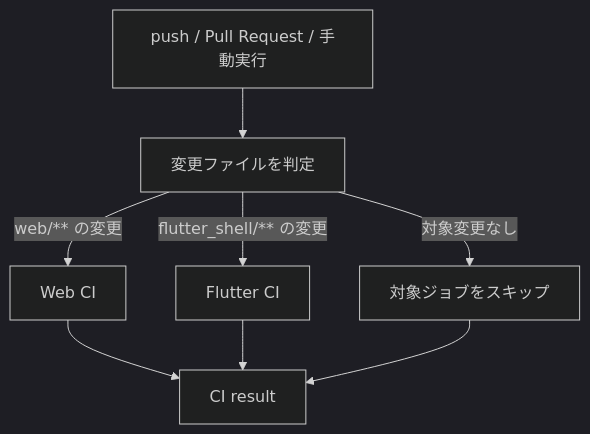
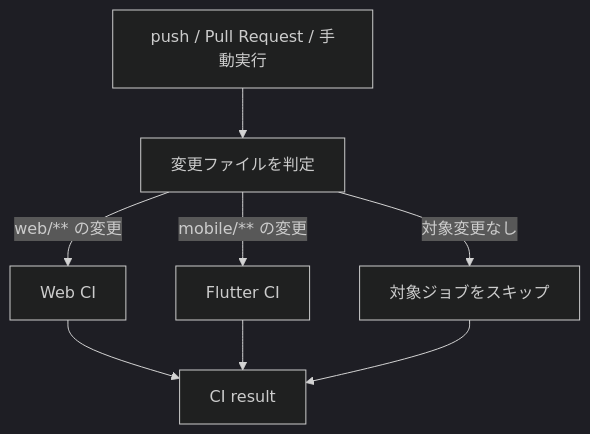
One commit to jin-take/meal-room changed the diagram in docs/ci-workflow.md. Above: the diagram before and after it, drawn with Mermaid (dark theme). The commit also changed other lines of this file and 17 other files, not shown here.

````diff
--- a/docs/ci-workflow.md
+++ b/docs/ci-workflow.md
@@ -29,10 +29,10 @@
 ```mermaid
 flowchart TD
     A[push / Pull Request / 手動実行] --> B[変更ファイルを判定]
     B -->|web/** の変更| C[Web CI]
-    B -->|flutter_shell/** の変更| D[Flutter CI]
+    B -->|mobile/** の変更| D[Flutter CI]
     B -->|対象変更なし| E[対象ジョブをスキップ]
     C --> F[CI result]
     D --> F
     E --> F
 ```
````
